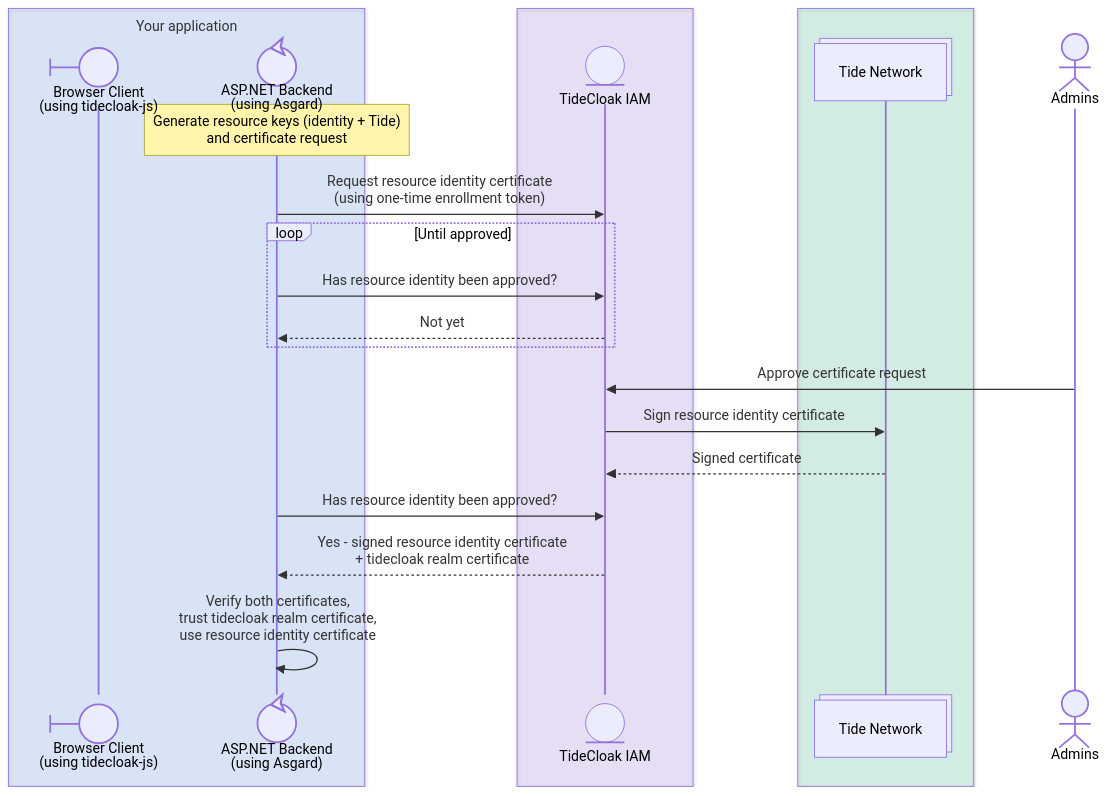
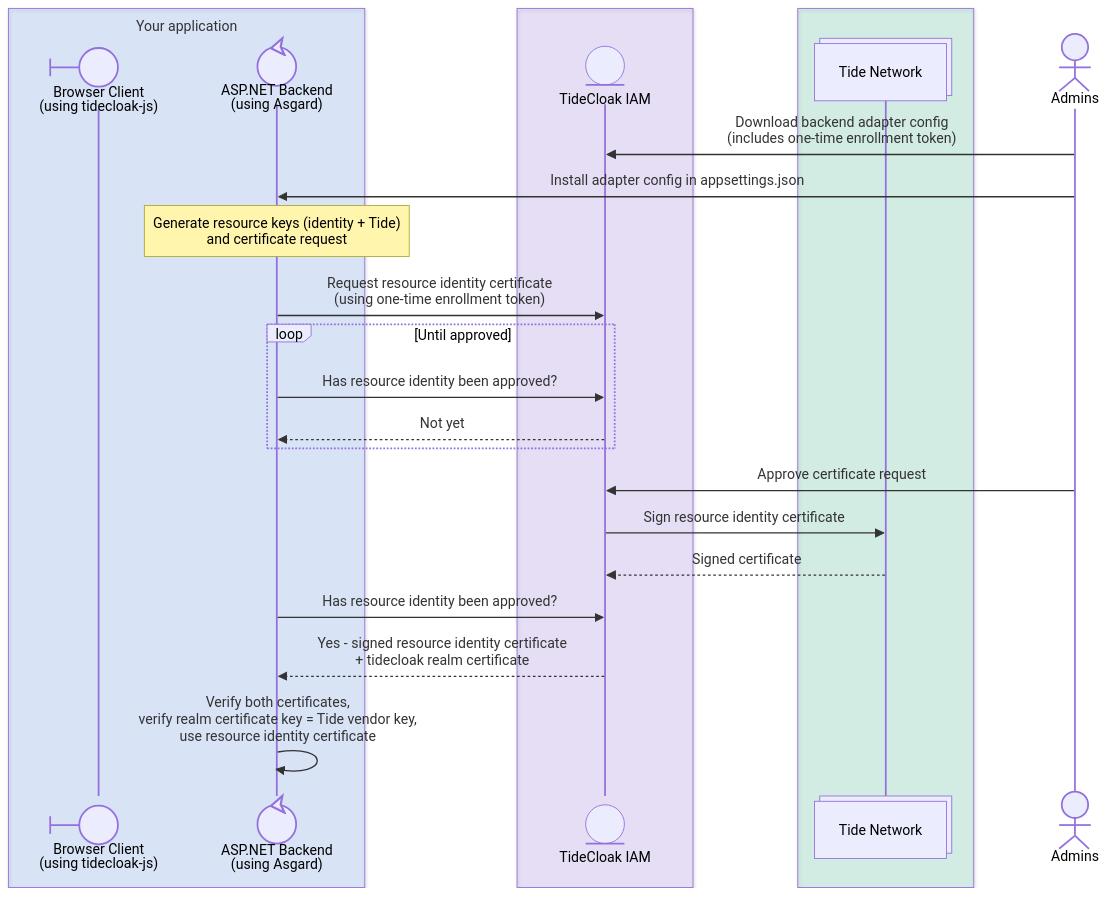
One commit to tide-foundation/asgard changed the first of 3 diagrams in README.md. Above: the diagram before and after it, drawn with Mermaid. The commit also changed other lines of this file and 2 other files, not shown here.

````diff
--- a/README.md
+++ b/README.md
@@ -19,30 +19,33 @@
 ```mermaid
 sequenceDiagram
     box rgba(59, 130, 246, 0.15) Your application
         participant Browser@{ "type": "boundary", "alias": "Browser Client<br/>(using tidecloak-js)" }
         participant Backend@{ "type": "control", "alias": "ASP.NET Backend<br/>(using Asgard)" }
     end
     box rgba(139, 92, 246, 0.15)
         participant TideCloak@{ "type": "entity", "alias": "TideCloak IAM" }
     end
     box rgba(16, 185, 129, 0.15)
         participant TideNetwork@{ "type": "collections", "alias": "Tide Network" }
     end
     actor Admins
+
+    Admins->>TideCloak: Download backend adapter config<br/>(includes one-time enrollment token)
+    Admins->>Backend: Install adapter config in appsettings.json
 
     Note over Backend: Generate resource keys (identity + Tide)<br/>and certificate request
     Backend->>TideCloak: Request resource identity certificate<br/>(using one-time enrollment token)
 
     loop Until approved
         Backend->>TideCloak: Has resource identity been approved?
         TideCloak-->>Backend: Not yet
     end
 
     Admins->>TideCloak: Approve certificate request
     TideCloak->>TideNetwork: Sign resource identity certificate
     TideNetwork-->>TideCloak: Signed certificate
 
     Backend->>TideCloak: Has resource identity been approved?
     TideCloak-->>Backend: Yes - signed resource identity certificate<br/>+ tidecloak realm certificate
-    Backend->>Backend: Verify both certificates,<br/>trust tidecloak realm certificate,<br/>use resource identity certificate
+    Backend->>Backend: Verify both certificates,<br/>verify realm certificate key = Tide vendor key,<br/>use resource identity certificate
 ```
````
